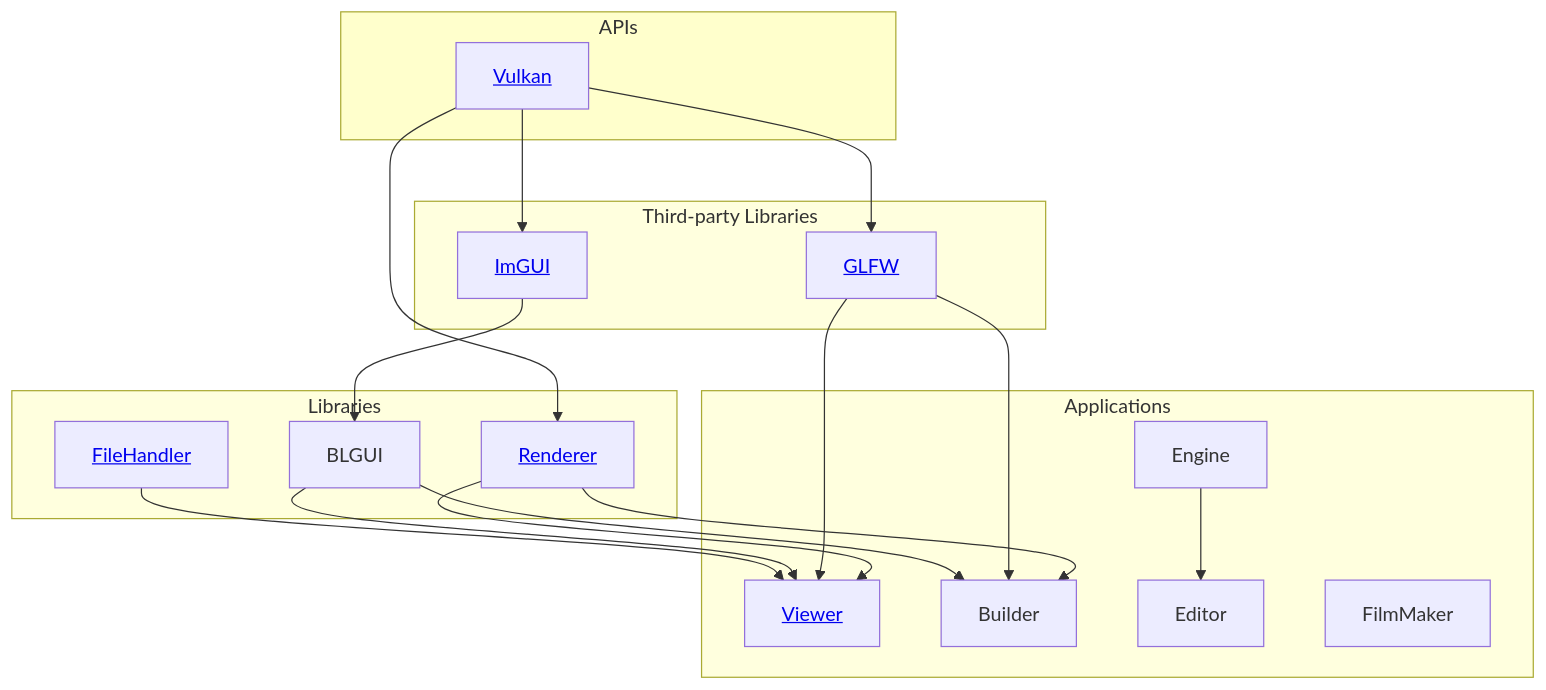
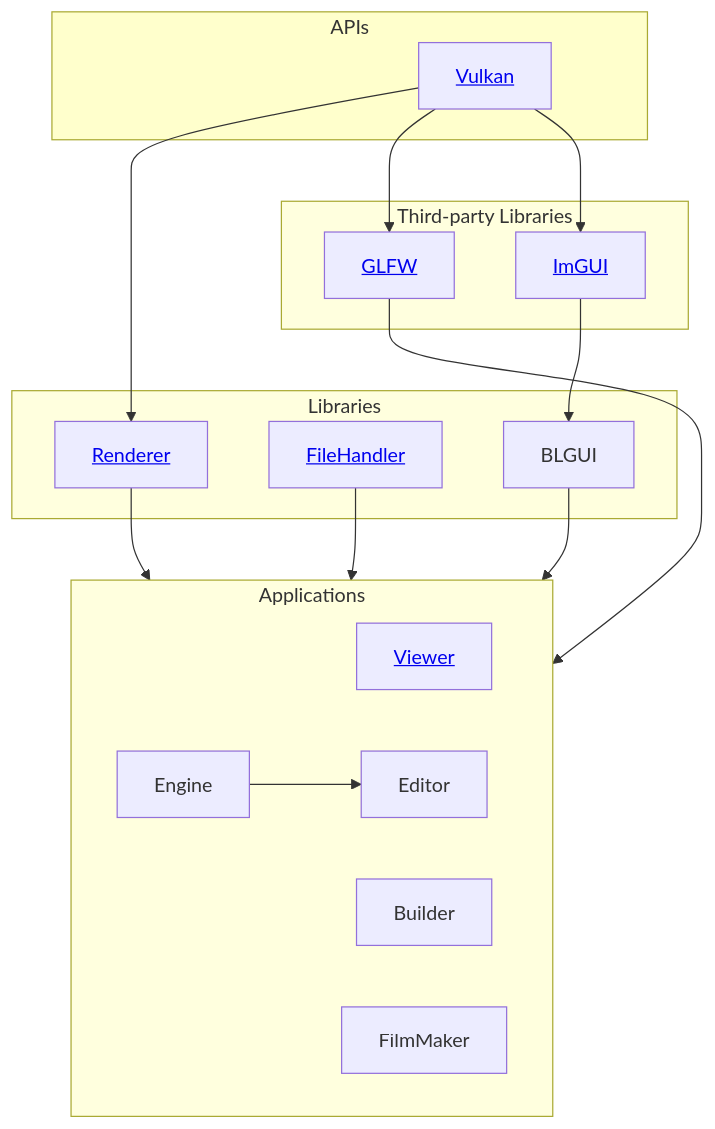
Before and after one commit to Brick-Labs/.github: the diagram in profile/README.md, drawn with Mermaid.

Commit message:
Minimal connections

````diff
--- a/profile/README.md
+++ b/profile/README.md
@@ -4,50 +4,44 @@
 ```mermaid
 graph TD
     
     subgraph APIs
         style APIs fill:#ffc
         Vulkan[<a href="https://vulkan.org">Vulkan</a>]
     end
 
     subgraph Third-party Libraries
         GLFW[<a href="https://www.glfw.org">GLFW</a>]
         ImGUI[<a href="https://github.com/ocornut/imgui">ImGUI</a>]
     end
 
     subgraph Libraries
         Renderer[<a href="https://github.com/Brick-Labs/Renderer">Renderer</a>]
         FileHandler[<a href="https://github.com/Brick-Labs/FileHandler">FileHandler</a>]
         BLGUI
     end
 
     subgraph Applications
         Viewer[<a href="https://github.com/Brick-Labs/Viewer">Viewer</a>]
         Builder
         Engine
         Editor
         FilmMaker
     end
 
     %% APIs to Libraries
     Vulkan --> Renderer
     Vulkan --> GLFW
     Vulkan --> ImGUI
 
     %% Libraries to Libraries
     ImGUI --> BLGUI
 
     %% Librararies to Applications
-    Renderer --> Viewer
-    Renderer --> Builder
-
-    GLFW --> Viewer
-    GLFW --> Builder
-
-    BLGUI --> Viewer
-    BLGUI --> Builder
-
-    FileHandler --> Viewer
+    Renderer --> Applications
+    GLFW --> Applications
+    BLGUI --> Applications 
+    FileHandler --> Applications
 
     %% Applications to Applications
     Engine --> Editor
 ```
````
